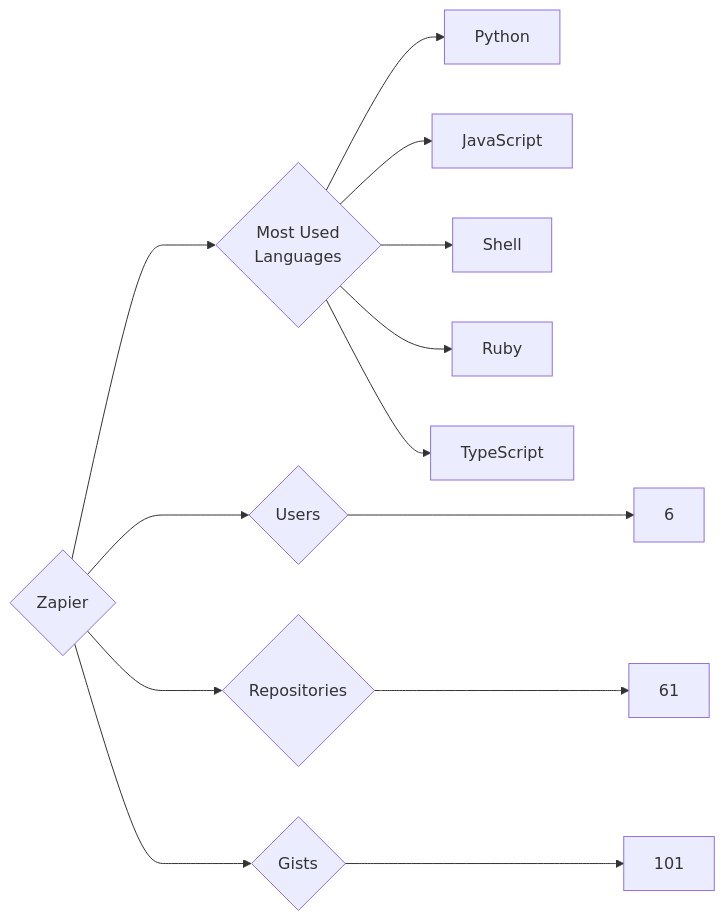
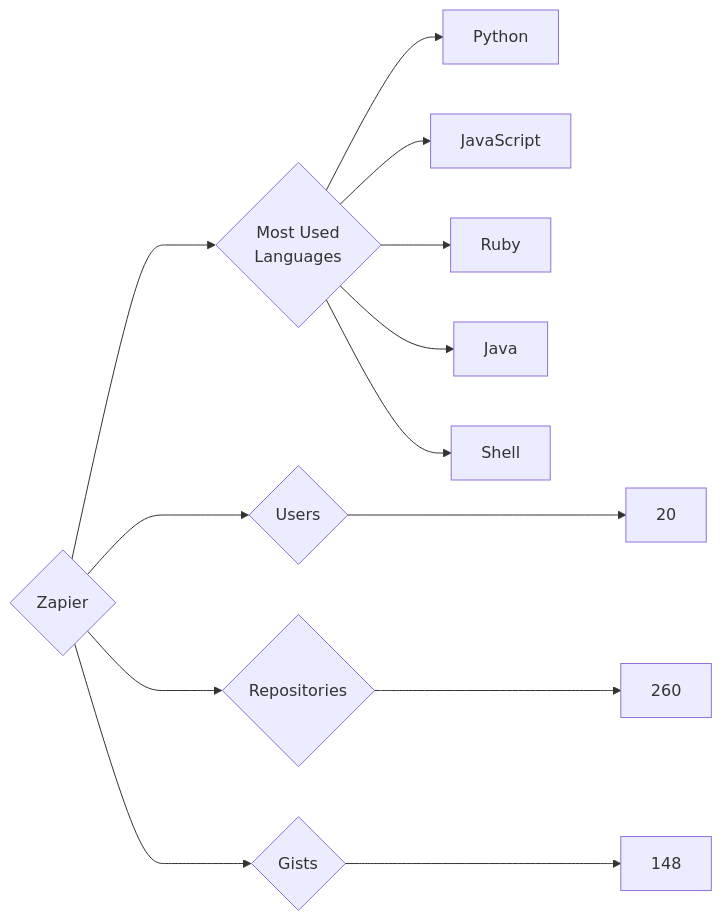
One commit to trickest/insiders changed the diagram in targets/Zapier/README.md. Above: the diagram before and after it, drawn with Mermaid. The commit also changed 806 other files, not shown here.

````diff
--- a/targets/Zapier/README.md
+++ b/targets/Zapier/README.md
@@ -3,13 +3,13 @@
 ```mermaid
 graph LR
 COMPANY_NAME{Zapier}
-COMPANY_NAME ---> U{Users} ---> UN[6]
-COMPANY_NAME ---> R{Repositories} ---> RN[61]
-COMPANY_NAME ---> G{Gists} ---> GN[101]
+COMPANY_NAME ---> U{Users} ---> UN[20]
+COMPANY_NAME ---> R{Repositories} ---> RN[260]
+COMPANY_NAME ---> G{Gists} ---> GN[148]
 COMPANY_NAME ---> ML{Most Used<br>Languages}
 ML --> Python[Python]
 ML --> JavaScript[JavaScript]
+ML --> Ruby[Ruby]
+ML --> Java[Java]
 ML --> Shell[Shell]
-ML --> Ruby[Ruby]
-ML --> TypeScript[TypeScript]
 ```
````
